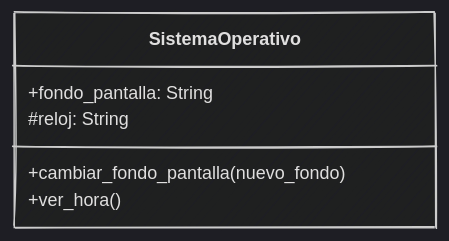
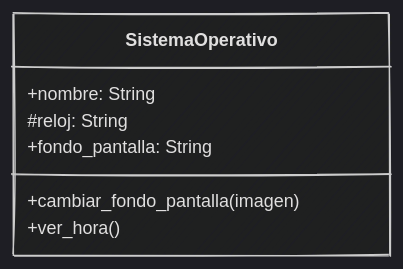
The fifth of 12 diagrams in content/sesion04/Readme.md (python-la-paz/python-study-group-oop), drawn with Mermaid before and after one commit. The commit also changed other lines of this file and 4 other files, not shown here.

````diff
--- a/content/sesion04/Readme.md
+++ b/content/sesion04/Readme.md
@@ -467,10 +498,11 @@
 ```mermaid
 %%{init: {"theme": "dark", "look": "handDrawn" }}%%
 classDiagram
     class SistemaOperativo {
+        +nombre: String
+        #reloj: String
         +fondo_pantalla: String
-        #reloj: String
-        +cambiar_fondo_pantalla(nuevo_fondo)
+        +cambiar_fondo_pantalla(imagen)
         +ver_hora()
     }
 ```
````
